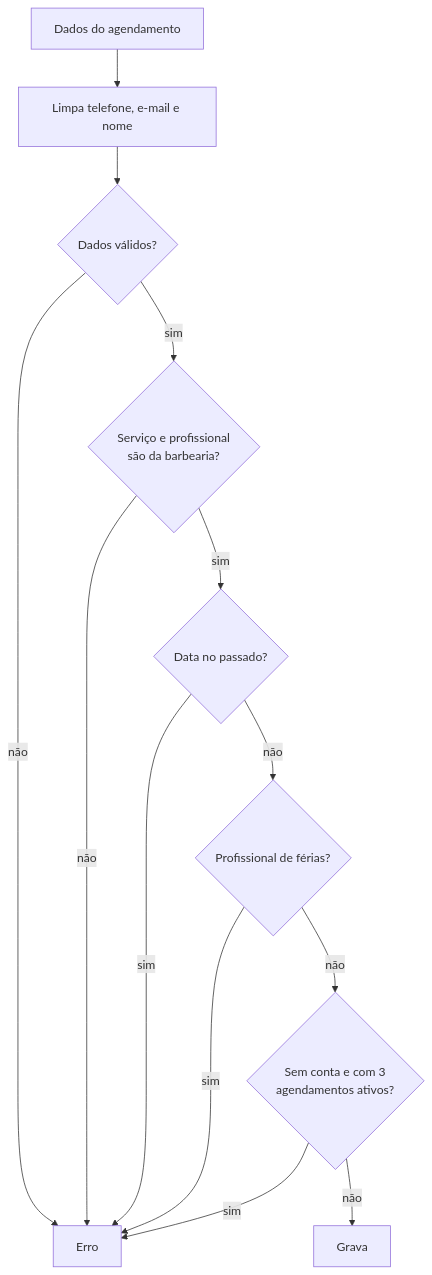
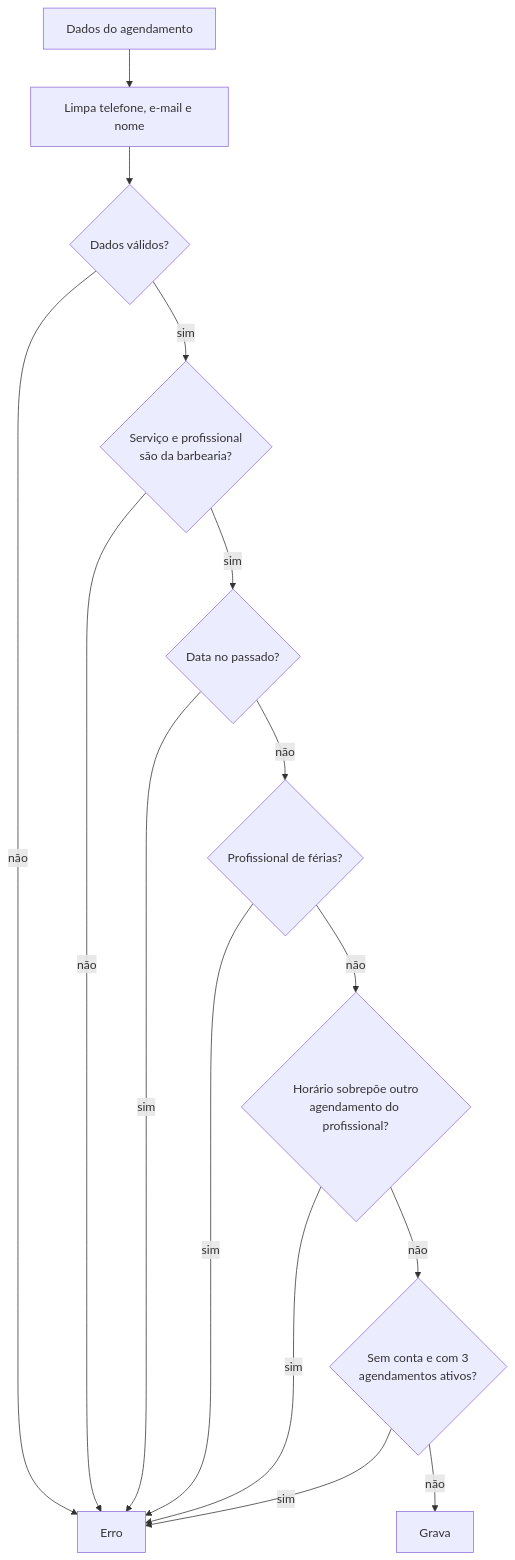
Before and after one commit to kaykytavora/agendem-barbearia: the third of 5 diagrams in database/README.md, drawn with Mermaid. The commit also changed other lines of this file and 26 other files, not shown here.

````diff
--- a/database/README.md
+++ b/database/README.md
@@ -70,15 +69,17 @@
 ```mermaid
 flowchart TD
     A["Dados do agendamento"] --> B["Limpa telefone, e-mail e nome"]
     B --> C{"Dados válidos?"}
     C -->|"não"| X["Erro"]
     C -->|"sim"| D{"Serviço e profissional<br/>são da barbearia?"}
     D -->|"não"| X
     D -->|"sim"| E{"Data no passado?"}
     E -->|"sim"| X
     E -->|"não"| F{"Profissional de férias?"}
     F -->|"sim"| X
-    F -->|"não"| G{"Sem conta e com 3<br/>agendamentos ativos?"}
+    F -->|"não"| C2{"Horário sobrepõe outro<br/>agendamento do profissional?"}
+    C2 -->|"sim"| X
+    C2 -->|"não"| G{"Sem conta e com 3<br/>agendamentos ativos?"}
     G -->|"sim"| X
     G -->|"não"| H["Grava"]
 ```
````
